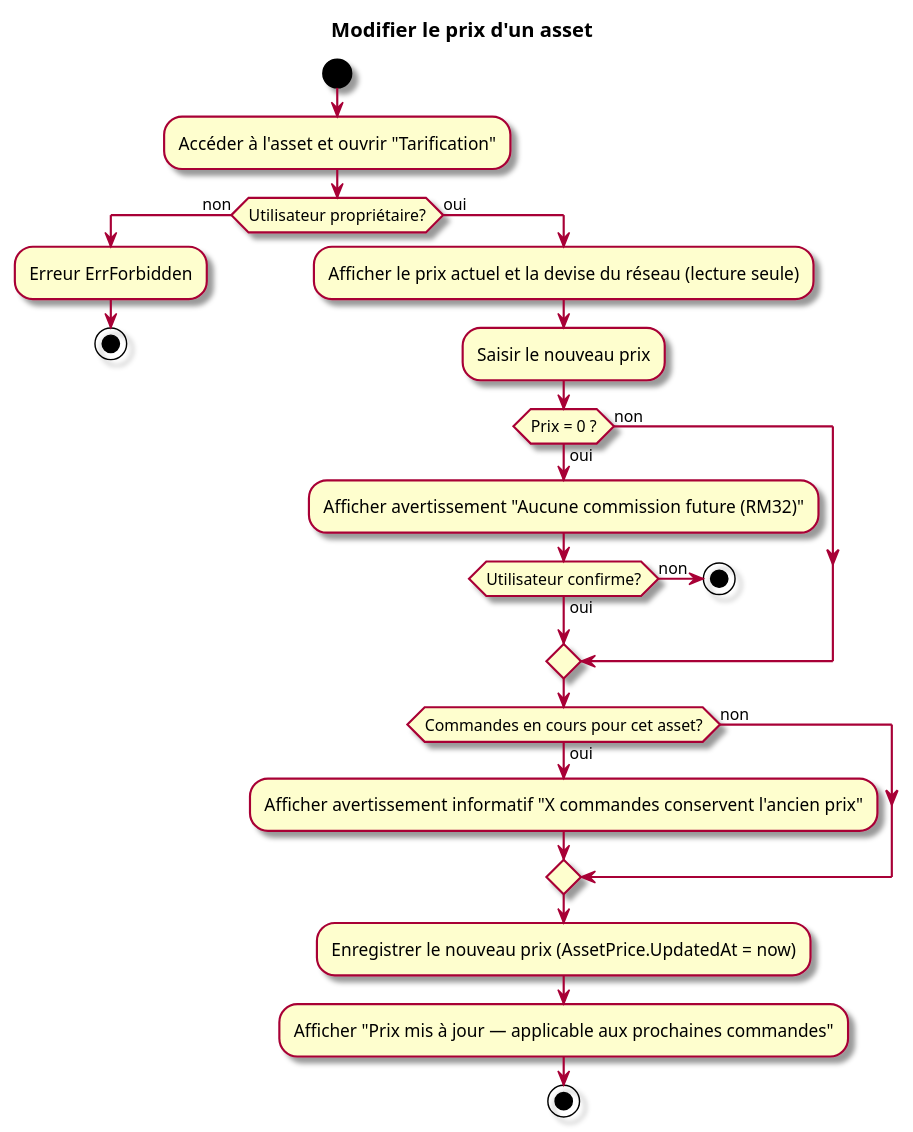
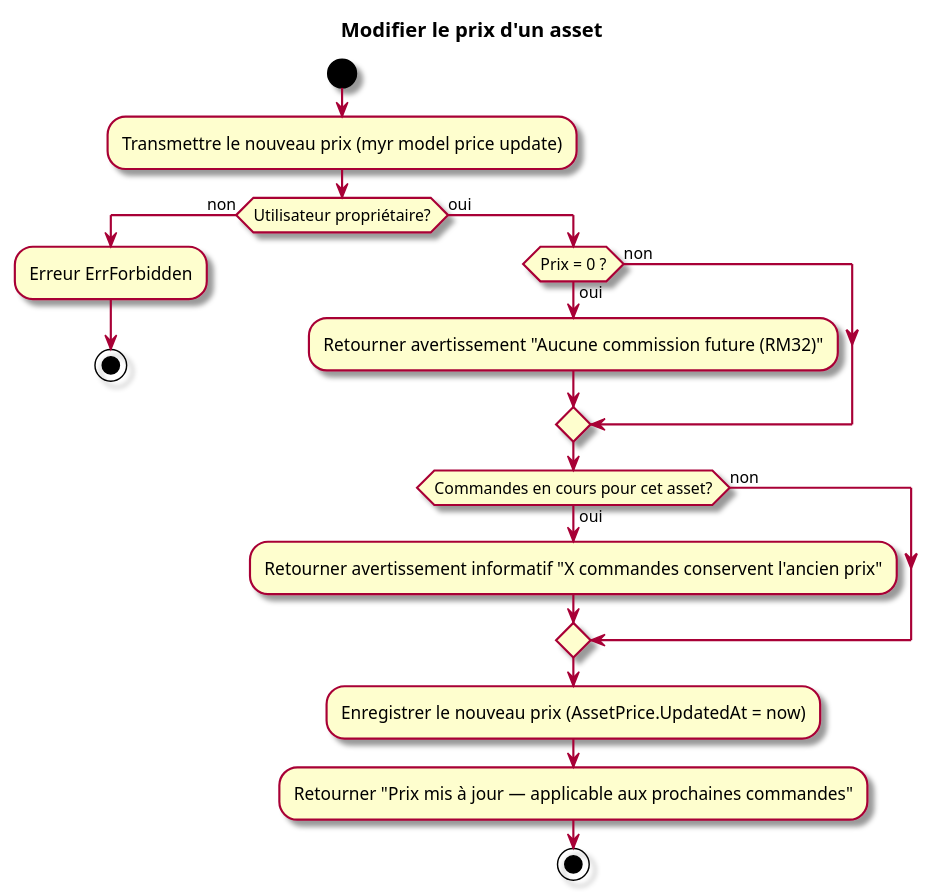
One commit to olivaux/myr changed the second of 2 diagrams in specs/1-Expression/UCPI-Propriete_Intellectuelle/UCPI11.md. Above: the diagram before and after it, drawn with PlantUML. The commit also changed other lines of this file and 65 other files, not shown here.

````diff
--- a/specs/1-Expression/UCPI-Propriete_Intellectuelle/UCPI11.md
+++ b/specs/1-Expression/UCPI-Propriete_Intellectuelle/UCPI11.md
@@ -86,30 +84,24 @@
 ```plantuml
 @startuml
 skin rose
 title Modifier le prix d'un asset
 start
-:Accéder à l'asset et ouvrir "Tarification";
+:Transmettre le nouveau prix (myr model price update);
 if (Utilisateur propriétaire?) then (non)
   :Erreur ErrForbidden;
   stop
 else (oui)
-  :Afficher le prix actuel et la devise du réseau (lecture seule);
-  :Saisir le nouveau prix;
   if (Prix = 0 ?) then (oui)
-    :Afficher avertissement "Aucune commission future (RM32)";
-    if (Utilisateur confirme?) then (non)
-      stop
-    else (oui)
-    endif
+    :Retourner avertissement "Aucune commission future (RM32)";
   else (non)
   endif
   if (Commandes en cours pour cet asset?) then (oui)
-    :Afficher avertissement informatif "X commandes conservent l'ancien prix";
+    :Retourner avertissement informatif "X commandes conservent l'ancien prix";
   else (non)
   endif
   :Enregistrer le nouveau prix (AssetPrice.UpdatedAt = now);
-  :Afficher "Prix mis à jour — applicable aux prochaines commandes";
+  :Retourner "Prix mis à jour — applicable aux prochaines commandes";
   stop
 endif
 @enduml
 ```
````
